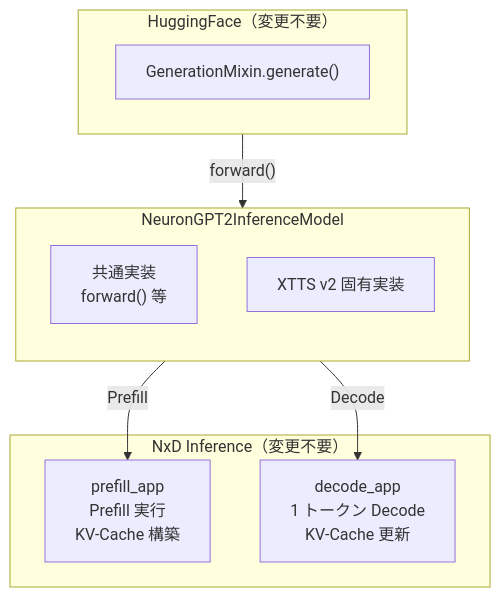
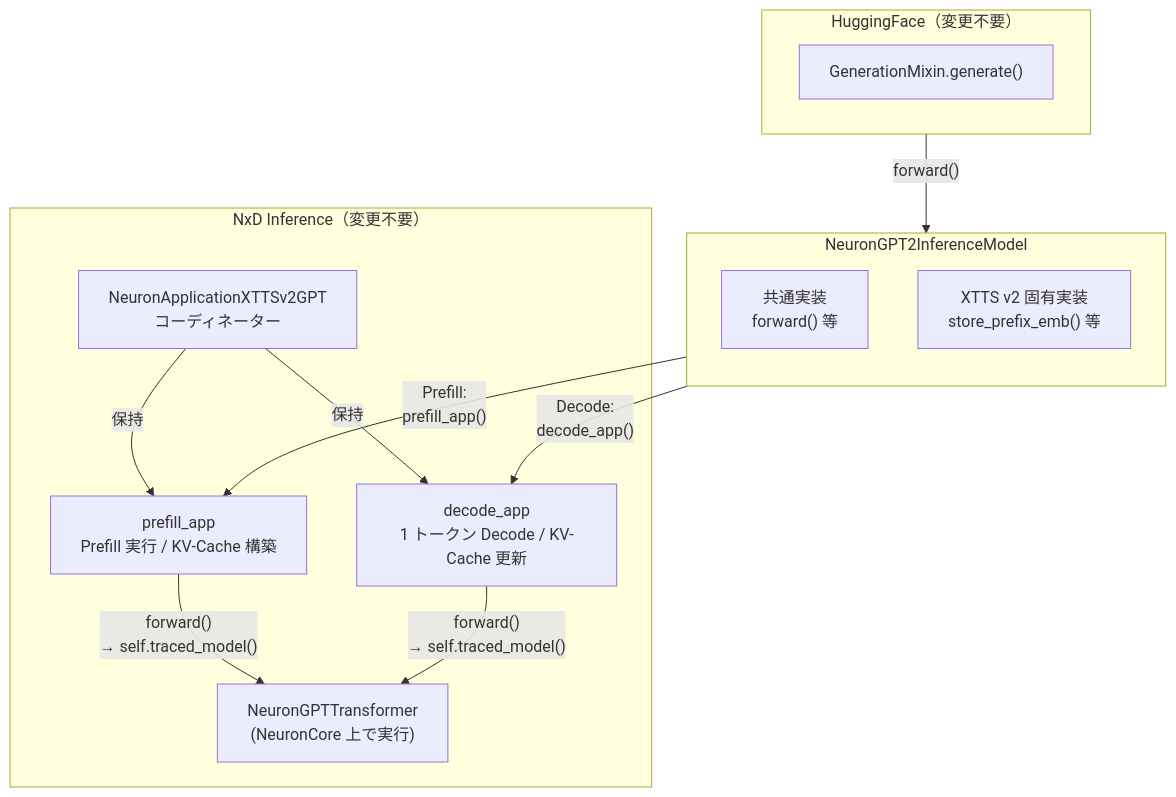
Before and after one commit to littlemex/zenn: the second of 6 diagrams in articles/ffc359901ea1cc.md, drawn with Mermaid. The commit also changed other lines of this file, not shown here.

````diff
--- a/articles/ffc359901ea1cc.md
+++ b/articles/ffc359901ea1cc.md
@@ -61,21 +61,27 @@
 ```mermaid
 flowchart TB
     subgraph HF["HuggingFace（変更不要）"]
         MIXIN["GenerationMixin.generate()"]
     end
 
     subgraph BRIDGE["NeuronGPT2InferenceModel"]
         direction TB
         COMMON["共通実装<br>forward() 等"]
-        XTTS_IMPL["XTTS v2 固有実装"]
+        XTTS_IMPL["XTTS v2 固有実装<br>store_prefix_emb() 等"]
     end
 
     subgraph NXD["NxD Inference（変更不要）"]
-        PREFILL["prefill_app<br>Prefill 実行<br>KV-Cache 構築"]
-        DECODE["decode_app<br>1 トークン Decode<br>KV-Cache 更新"]
+        COORD["NeuronApplicationXTTSv2GPT<br>コーディネーター"]
+        PREFILL["prefill_app<br>Prefill 実行 / KV-Cache 構築"]
+        DECODE["decode_app<br>1 トークン Decode / KV-Cache 更新"]
+        TRANS["NeuronGPTTransformer<br>(NeuronCore 上で実行)"]
     end
 
     HF -->|"forward()"| BRIDGE
-    BRIDGE -->|"Prefill"| PREFILL
-    BRIDGE -->|"Decode"| DECODE
+    BRIDGE -->|"Prefill:<br>prefill_app()"| PREFILL
+    BRIDGE -->|"Decode:<br>decode_app()"| DECODE
+    COORD -->|保持| PREFILL
+    COORD -->|保持| DECODE
+    PREFILL -->|"forward()<br>→ self.traced_model()"| TRANS
+    DECODE -->|"forward()<br>→ self.traced_model()"| TRANS
 ```
````
